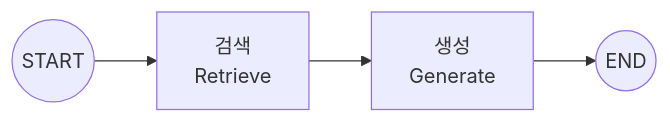
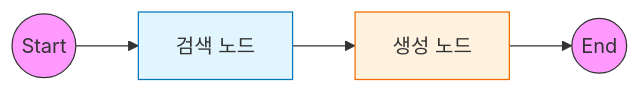
Before and after one commit to Ranponim/rag_agent: the diagram in docs/02_naive_rag.md, drawn with Mermaid. The commit also changed other lines of this file and 18 other files, not shown here.

````diff
--- a/docs/02_naive_rag.md
+++ b/docs/02_naive_rag.md
@@ -42,6 +18,11 @@
 ```mermaid
 graph LR
-    START((START)) --> retrieve[검색<br/>Retrieve]
-    retrieve --> generate[생성<br/>Generate]
-    generate --> END((END))
+    START((Start)) --> Retrieve[검색 노드]
+    Retrieve --> Generate[생성 노드]
+    Generate --> END((End))
+
+    style START fill:#f9f,stroke:#333
+    style END fill:#f9f,stroke:#333
+    style Retrieve fill:#e1f5fe,stroke:#0277bd
+    style Generate fill:#fff3e0,stroke:#ef6c00
 ```
````
